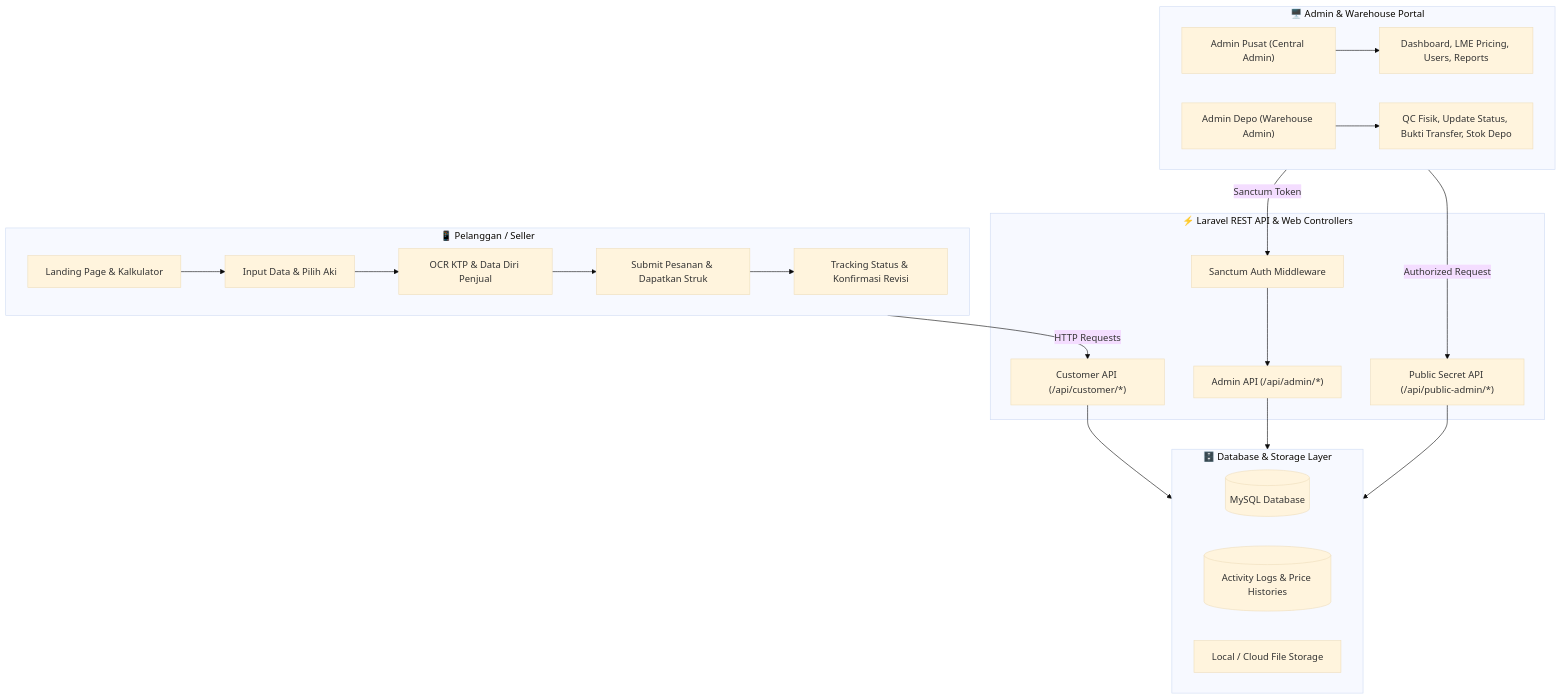
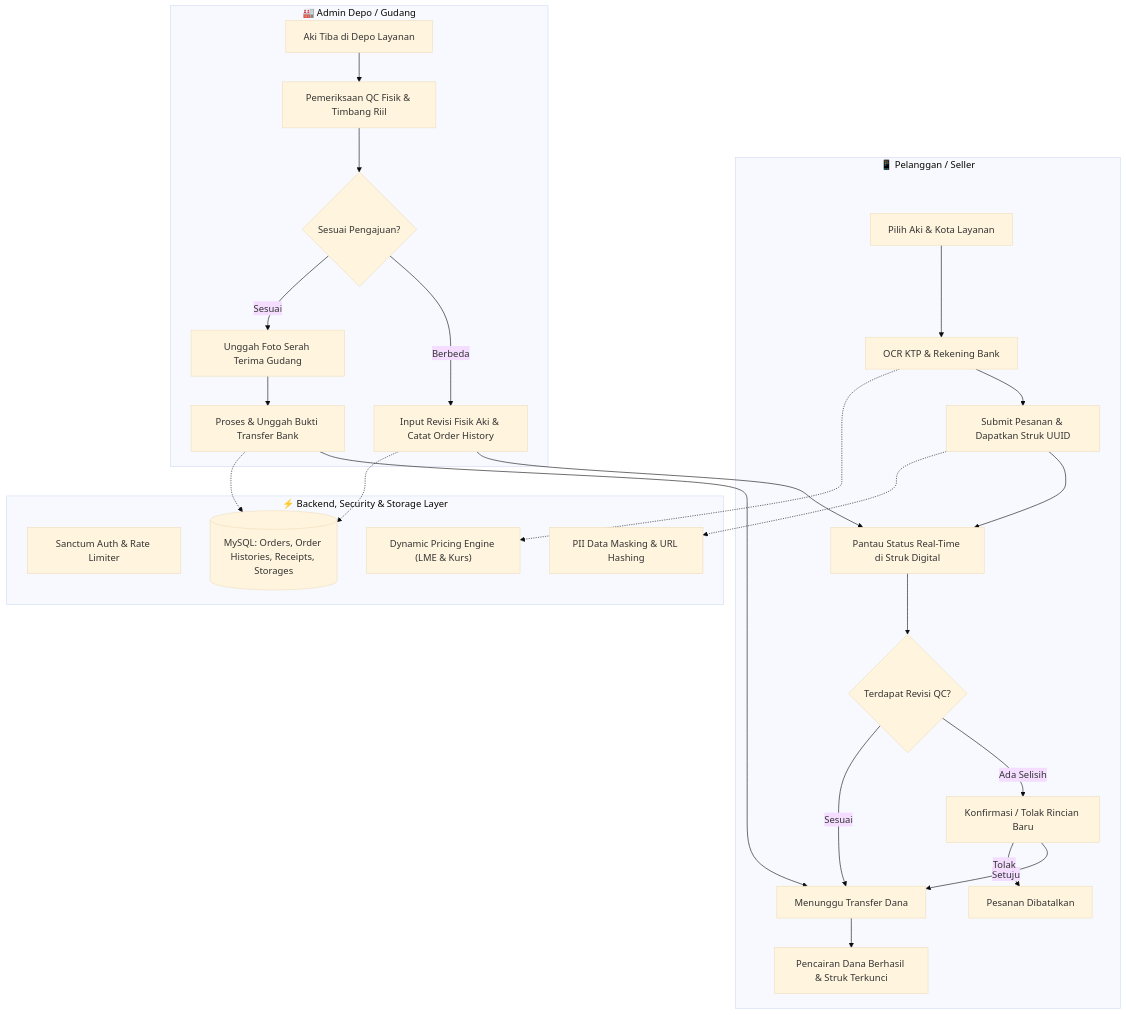
Before and after one commit to AiraCode/PickUpSystem: the diagram in README.md, drawn with Mermaid (base theme). The commit also changed other lines of this file and 9 other files, not shown here.

````diff
--- a/README.md
+++ b/README.md
@@ -103,36 +116,36 @@
 ```mermaid
 flowchart TD
     subgraph Pelanggan ["📱 Pelanggan / Seller"]
-        A[Landing Page & Kalkulator] --> B[Input Data & Pilih Aki]
-        B --> C[OCR KTP & Data Diri Penjual]
-        C --> D[Submit Pesanan & Dapatkan Struk]
-        D --> E[Tracking Status & Konfirmasi Revisi]
+        A[Pilih Aki & Kota Layanan] --> B[OCR KTP & Rekening Bank]
+        B --> C[Submit Pesanan & Dapatkan Struk UUID]
+        C --> D[Pantau Status Real-Time di Struk Digital]
+        D --> E{Terdapat Revisi QC?}
+        E -- Ada Selisih --> F[Konfirmasi / Tolak Rincian Baru]
+        F -- Setuju --> G[Menunggu Transfer Dana]
+        F -- Tolak --> H[Pesanan Dibatalkan]
+        E -- Sesuai --> G
+        G --> I[Pencairan Dana Berhasil & Struk Terkunci]
     end
 
-    subgraph API_Layer ["⚡ Laravel REST API & Web Controllers"]
-        F["Customer API (/api/customer/*)"]
-        G["Admin API (/api/admin/*)"]
-        H["Public Secret API (/api/public-admin/*)"]
-        I["Sanctum Auth Middleware"]
+    subgraph Gudang ["🏭 Admin Depo / Gudang"]
+        J[Aki Tiba di Depo Layanan] --> K[Pemeriksaan QC Fisik & Timbang Riil]
+        K --> L{Sesuai Pengajuan?}
+        L -- Berbeda --> M[Input Revisi Fisik Aki & Catat Order History]
+        M --> D
+        L -- Sesuai --> N[Unggah Foto Serah Terima Gudang]
+        N --> O[Proses & Unggah Bukti Transfer Bank]
+        O --> G
     end
 
-    subgraph Admin_Portal ["🖥️ Admin & Warehouse Portal"]
-        J["Admin Pusat (Central Admin)"]
-        K["Admin Depo (Warehouse Admin)"]
-        J --> L[Dashboard, LME Pricing, Users, Reports]
-        K --> M[QC Fisik, Update Status, Bukti Transfer, Stok Depo]
+    subgraph Backend_Security ["⚡ Backend, Security & Storage Layer"]
+        P["Sanctum Auth & Rate Limiter"]
+        Q["Dynamic Pricing Engine (LME & Kurs)"]
+        R[(MySQL: Orders, Order Histories, Receipts, Storages)]
+        S[PII Data Masking & URL Hashing]
     end
 
-    subgraph Database ["🗄️ Database & Storage Layer"]
-        N[(MySQL Database)]
-        O[(Activity Logs & Price Histories)]
-        P[Local / Cloud File Storage]
-    end
-
-    Pelanggan -->|HTTP Requests| F
-    Admin_Portal -->|Sanctum Token| I --> G
-    Admin_Portal -->|Authorized Request| H
-    F --> Database
-    G --> Database
-    H --> Database
+    B -.-> Q
+    C -.-> S
+    M -.-> R
+    O -.-> R
 ```
````
